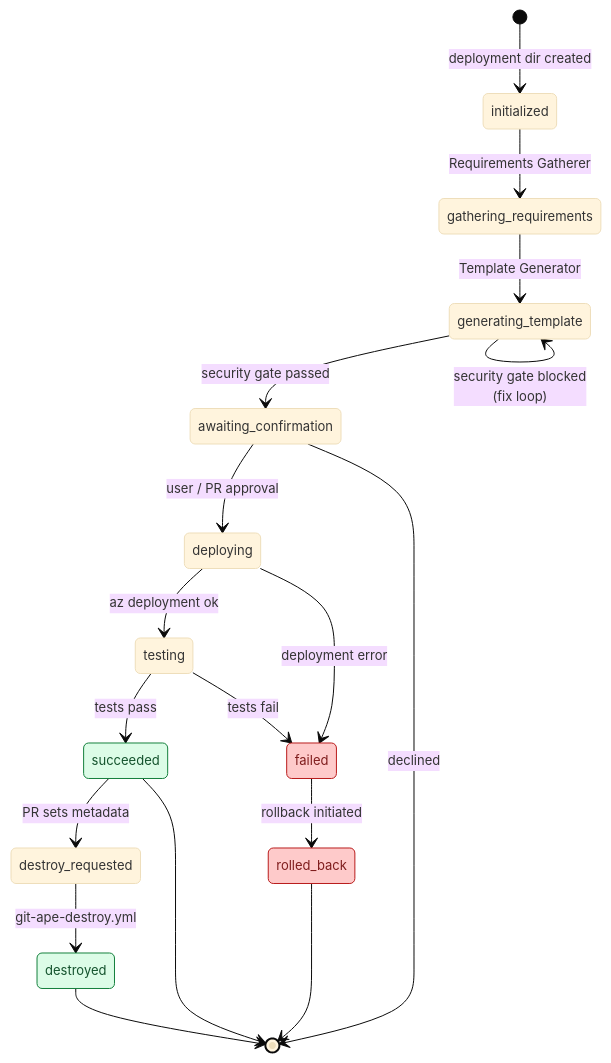
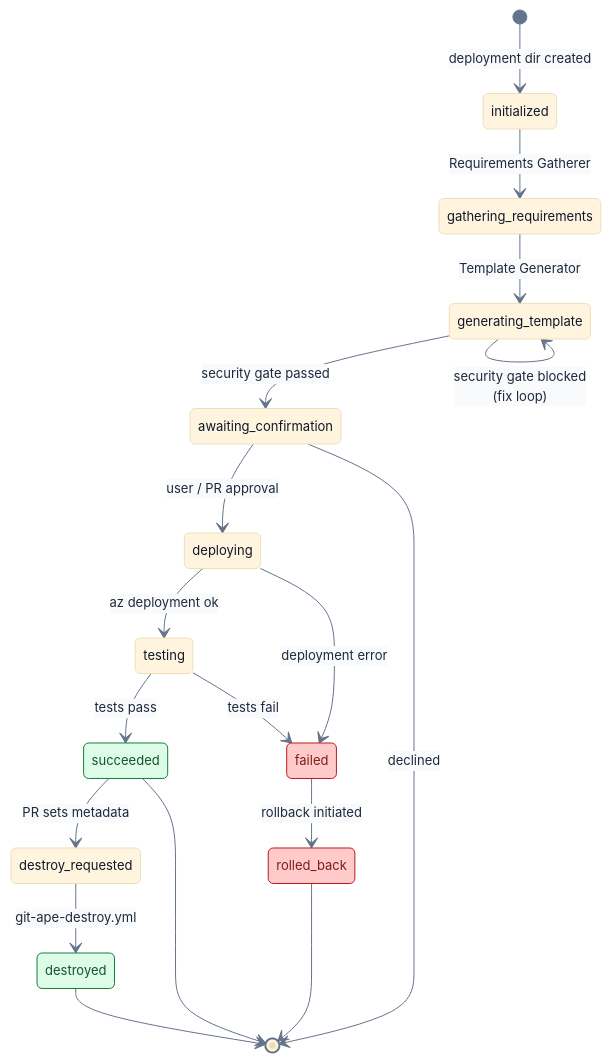
Before and after one commit to Azure/git-ape: the diagram in docs/DEPLOYMENT_STATE.md, drawn with Mermaid. The commit also changed 2 other files, not shown here.

Commit message:
docs: set explicit mermaid lineColor for dark-theme arrow visibility

````diff
--- a/docs/DEPLOYMENT_STATE.md
+++ b/docs/DEPLOYMENT_STATE.md
@@ -22,26 +22,26 @@
 ```mermaid
-%%{init: {'theme':'base','themeVariables':{'fontSize':'13px'}}}%%
+%%{init: {'theme':'base','themeVariables':{'fontSize':'13px','lineColor':'#64748b','textColor':'#1e293b','primaryTextColor':'#0f172a','edgeLabelBackground':'#f8fafc','tertiaryColor':'#f1f5f9'}}}%%
 stateDiagram-v2
     [*] --> initialized: deployment dir created
     initialized --> gathering_requirements: Requirements Gatherer
     gathering_requirements --> generating_template: Template Generator
     generating_template --> awaiting_confirmation: security gate passed
     generating_template --> generating_template: security gate blocked<br/>(fix loop)
     awaiting_confirmation --> deploying: user / PR approval
     awaiting_confirmation --> [*]: declined
     deploying --> testing: az deployment ok
     deploying --> failed: deployment error
     testing --> succeeded: tests pass
     testing --> failed: tests fail
     failed --> rolled_back: rollback initiated
     succeeded --> destroy_requested: PR sets metadata
     destroy_requested --> destroyed: git-ape-destroy.yml
     succeeded --> [*]
     rolled_back --> [*]
     destroyed --> [*]
 
     classDef terminal fill:#dcfce7,stroke:#15803d,color:#14532d
     classDef error fill:#fecaca,stroke:#b91c1c,color:#7f1d1d
     class succeeded,destroyed terminal
     class failed,rolled_back error
 ```
````
